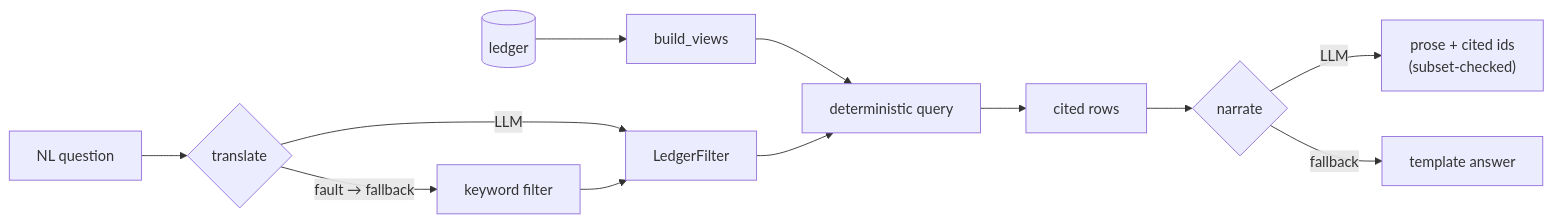
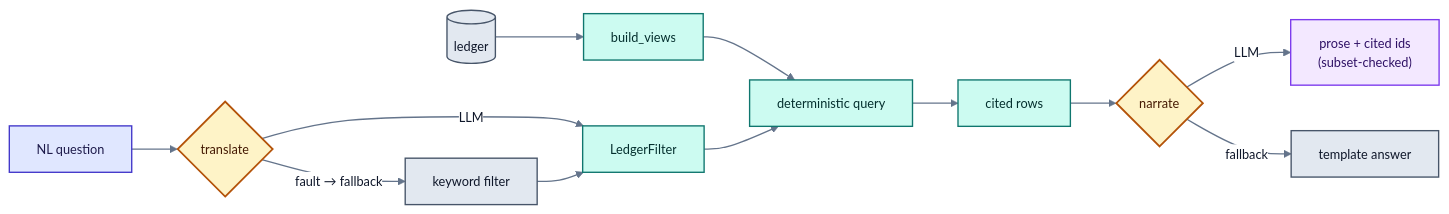
Before and after one commit to Vigyant05/razorpay_hack: the fifth of 5 diagrams in README.md, drawn with Mermaid. The commit also changed other lines of this file, not shown here.

First line of the commit message:
Colour the README diagrams on a white canvas

````diff
--- a/README.md
+++ b/README.md
@@ -180,11 +245,31 @@
 ```mermaid
+%%{init: {'theme':'base','themeVariables':{'background':'#ffffff','primaryColor':'#f8fafc','primaryTextColor':'#0f172a','primaryBorderColor':'#94a3b8','secondaryColor':'#f1f5f9','tertiaryColor':'#ffffff','lineColor':'#64748b','fontSize':'14px','clusterBkg':'#fbfdff','clusterBorder':'#cbd5e1','edgeLabelBackground':'#ffffff','nodeTextColor':'#0f172a','titleColor':'#0f172a'}}}%%
 flowchart LR
   Q["NL question"] --> TR{translate}
   TR -->|LLM| FTR["LedgerFilter"]
   TR -->|"fault → fallback"| KW["keyword filter"] --> FTR
   LED[("ledger")] --> VW["build_views"] --> QRY["deterministic query"]
   FTR --> QRY --> ROWS["cited rows"]
   ROWS --> NAR{narrate}
   NAR -->|LLM| A1["prose + cited ids<br/>(subset-checked)"]
   NAR -->|fallback| A2["template answer"]
+
+  classDef entry fill:#e0e7ff,stroke:#4338ca,stroke-width:1.5px,color:#1e1b4b
+  classDef gate fill:#fef3c7,stroke:#b45309,stroke-width:2px,color:#451a03
+  classDef sign fill:#dcfce7,stroke:#15803d,stroke-width:1.5px,color:#052e16
+  classDef prov fill:#e0f2fe,stroke:#0369a1,stroke-width:1.5px,color:#082f49
+  classDef llm fill:#f3e8ff,stroke:#7c3aed,stroke-width:1.5px,color:#2e1065
+  classDef store fill:#e2e8f0,stroke:#475569,stroke-width:1.5px,color:#0f172a
+  classDef bad fill:#fee2e2,stroke:#b91c1c,stroke-width:1.5px,color:#450a0a
+  classDef calc fill:#ccfbf1,stroke:#0f766e,stroke-width:1.5px,color:#042f2e
+  classDef view fill:#fce7f3,stroke:#be185d,stroke-width:1.5px,color:#500724
+
+  class Q entry
+  class TR,NAR gate
+  class KW,A2 store
+  class FTR,VW,QRY,ROWS calc
+  class A1 llm
+  class LED store
+
+  linkStyle default stroke:#64748b,stroke-width:1.5px
 ```
````
